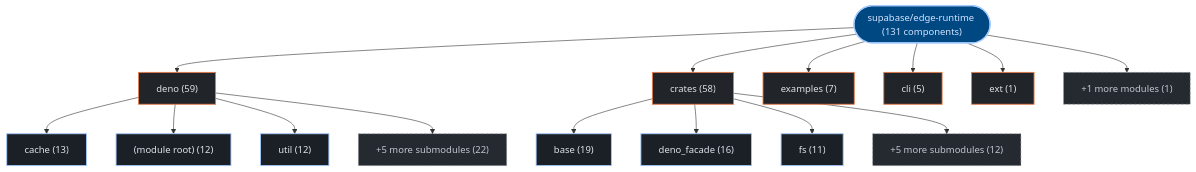
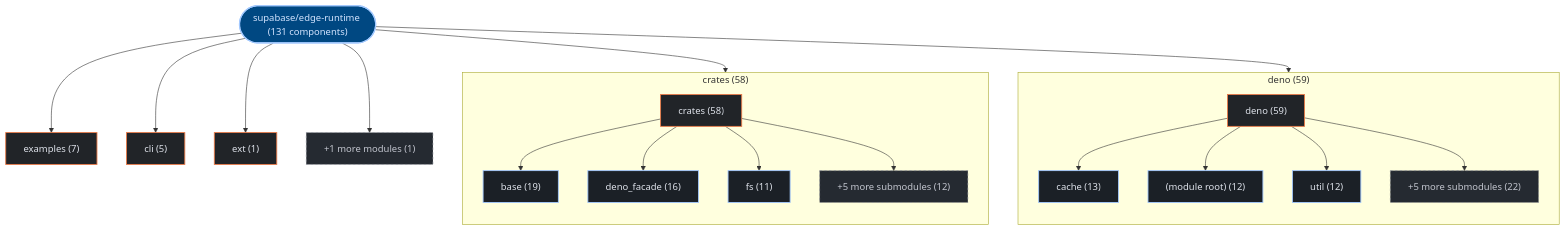
The first of 3 diagrams in exports/latest/reports/supabase-edge-runtime-report.md (kumarshaz/atruss-code-atlas), drawn with Mermaid before and after one commit. The commit also changed 178 other files, not shown here.

Commit message:
feat(ui,mermaid): upgrade to mermaid v12 + ELK layout, add orgs-summary + pagination, subgraph building blocks, fix tab alignment

````diff
--- a/exports/latest/reports/supabase-edge-runtime-report.md
+++ b/exports/latest/reports/supabase-edge-runtime-report.md
@@ -42,39 +42,45 @@
 ```mermaid
 graph TD;
   classDef atlasRoot fill:#004882,stroke:#a3c9ff,stroke-width:2px,color:#d3e4ff
   classDef atlasCategory fill:#212428,stroke:#E87A48,stroke-width:1.5px,color:#dfe3eb
   classDef atlasWorkflow fill:#1b2026,stroke:#a3c9ff,stroke-width:1.5px,color:#dfe3eb
   classDef atlasJob fill:#171c22,stroke:#8d9199,stroke-width:1px,color:#dfe3eb
   classDef atlasTarget fill:#005227,stroke:#8bd99b,stroke-width:1.5px,color:#a7f6b6
   classDef atlasAlert fill:#93000a,stroke:#ffb4ab,stroke-width:1.5px,color:#ffdad6
   classDef atlasMore fill:#252a31,stroke:#8d9199,stroke-dasharray:4 4,color:#c3c6cf
     repo_root(["supabase/edge-runtime (131 components)"]):::atlasRoot
-    dir_0_deno["deno (59)"]:::atlasCategory
+    subgraph sg_dir_0_deno["deno (59)"]
+      direction TB
+      dir_0_deno["deno (59)"]:::atlasCategory
+      sub_0_0_cache["cache (13)"]:::atlasWorkflow
+      dir_0_deno --> sub_0_0_cache
+      sub_0_1__module_root_["(module root) (12)"]:::atlasWorkflow
+      dir_0_deno --> sub_0_1__module_root_
+      sub_0_2_util["util (12)"]:::atlasWorkflow
+      dir_0_deno --> sub_0_2_util
+      sub_0_more["+5 more submodules (22)"]:::atlasMore
+      dir_0_deno --> sub_0_more
+    end
     repo_root --> dir_0_deno
-    sub_0_0_cache["cache (13)"]:::atlasWorkflow
-    dir_0_deno --> sub_0_0_cache
-    sub_0_1__module_root_["(module root) (12)"]:::atlasWorkflow
-    dir_0_deno --> sub_0_1__module_root_
-    sub_0_2_util["util (12)"]:::atlasWorkflow
-    dir_0_deno --> sub_0_2_util
-    sub_0_more["+5 more submodules (22)"]:::atlasMore
-    dir_0_deno --> sub_0_more
-    dir_1_crates["crates (58)"]:::atlasCategory
+    subgraph sg_dir_1_crates["crates (58)"]
+      direction TB
+      dir_1_crates["crates (58)"]:::atlasCategory
+      sub_1_0_base["base (19)"]:::atlasWorkflow
+      dir_1_crates --> sub_1_0_base
+      sub_1_1_deno_facade["deno_facade (16)"]:::atlasWorkflow
+      dir_1_crates --> sub_1_1_deno_facade
+      sub_1_2_fs["fs (11)"]:::atlasWorkflow
+      dir_1_crates --> sub_1_2_fs
+      sub_1_more["+5 more submodules (12)"]:::atlasMore
+      dir_1_crates --> sub_1_more
+    end
     repo_root --> dir_1_crates
-    sub_1_0_base["base (19)"]:::atlasWorkflow
-    dir_1_crates --> sub_1_0_base
-    sub_1_1_deno_facade["deno_facade (16)"]:::atlasWorkflow
-    dir_1_crates --> sub_1_1_deno_facade
-    sub_1_2_fs["fs (11)"]:::atlasWorkflow
-    dir_1_crates --> sub_1_2_fs
-    sub_1_more["+5 more submodules (12)"]:::atlasMore
-    dir_1_crates --> sub_1_more
     dir_2_examples["examples (7)"]:::atlasCategory
     repo_root --> dir_2_examples
     dir_3_cli["cli (5)"]:::atlasCategory
     repo_root --> dir_3_cli
     dir_4_ext["ext (1)"]:::atlasCategory
     repo_root --> dir_4_ext
     dir_other_modules["+1 more modules (1)"]:::atlasMore
     repo_root --> dir_other_modules
 ```
````
